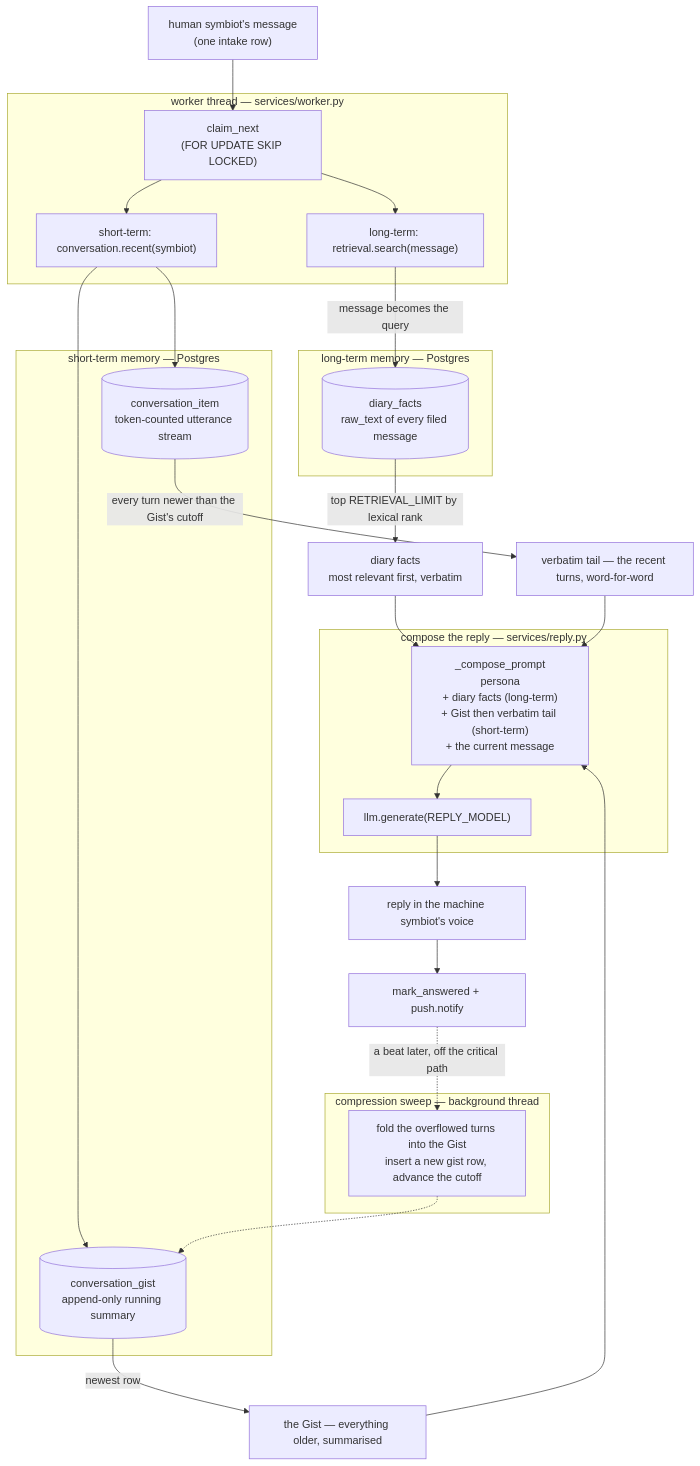
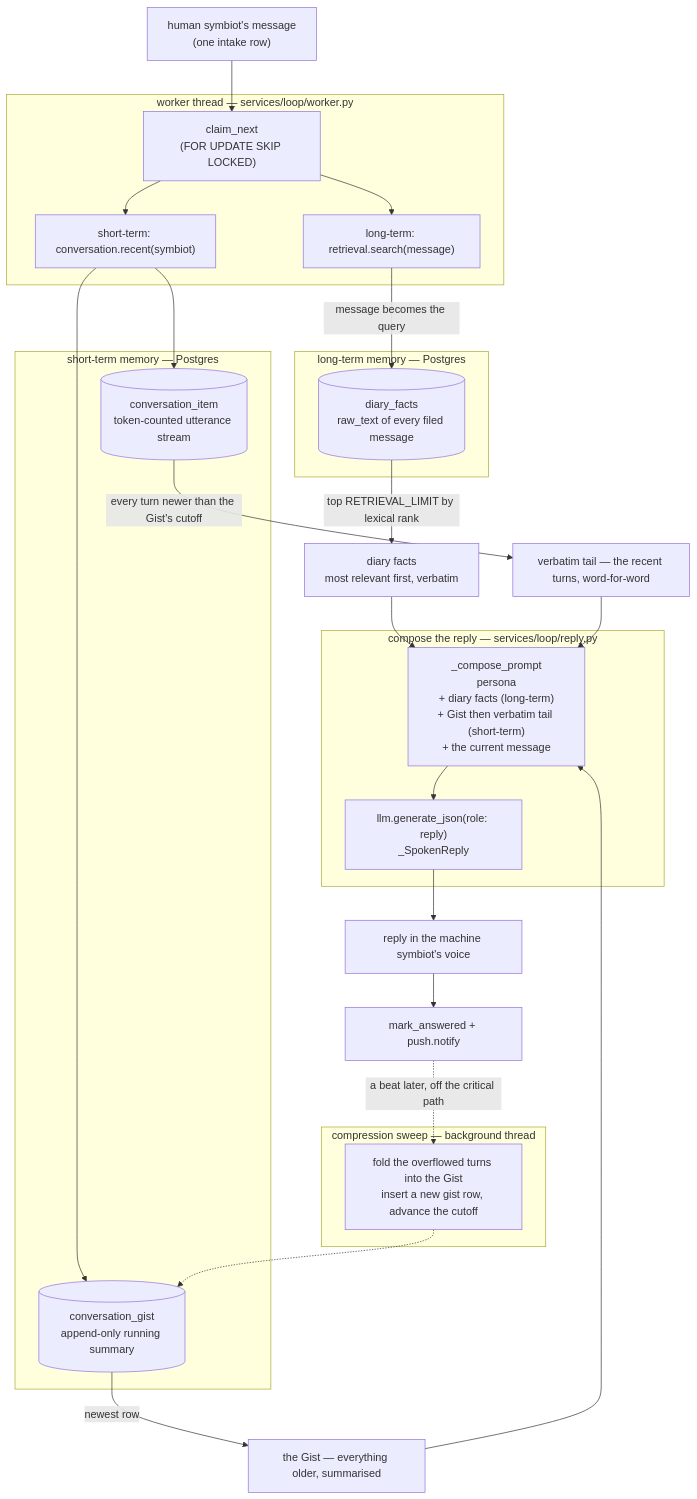
One commit to the-joy-com/kernel.os-joy.com changed the first of 4 diagrams in doc/context-engineering.md. Above: the diagram before and after it, drawn with Mermaid. The commit also changed other lines of this file and 43 other files, not shown here.

````diff
--- a/doc/context-engineering.md
+++ b/doc/context-engineering.md
@@ -16,43 +16,43 @@
 ```mermaid
 flowchart TD
     msg["human symbiot's message<br/>(one intake row)"] --> claim
 
-    subgraph worker["worker thread — services/worker.py"]
+    subgraph worker["worker thread — services/loop/worker.py"]
         claim["claim_next<br/>(FOR UPDATE SKIP LOCKED)"] --> gatherD["long-term: retrieval.search(message)"]
         claim --> gatherC["short-term: conversation.recent(symbiot)"]
     end
 
     subgraph longterm["long-term memory — Postgres"]
         facts[("diary_facts<br/>raw_text of every filed message")]
     end
 
     subgraph shortterm["short-term memory — Postgres"]
         gist[("conversation_gist<br/>append-only running summary")]
         items[("conversation_item<br/>token-counted utterance stream")]
     end
 
     gatherD -- "message becomes the query" --> facts
     facts -- "top RETRIEVAL_LIMIT by lexical rank" --> rankedD["diary facts<br/>most relevant first, verbatim"]
 
     gatherC --> gist
     gatherC --> items
     gist -- "newest row" --> gistLatest["the Gist — everything older, summarised"]
     items -- "every turn newer than the Gist's cutoff" --> tail["verbatim tail — the recent turns, word-for-word"]
 
     rankedD --> compose
     gistLatest --> compose
     tail --> compose
 
-    subgraph reply["compose the reply — services/reply.py"]
-        compose["_compose_prompt<br/>persona<br/>+ diary facts (long-term)<br/>+ Gist then verbatim tail (short-term)<br/>+ the current message"] --> gen["llm.generate(REPLY_MODEL)"]
+    subgraph reply["compose the reply — services/loop/reply.py"]
+        compose["_compose_prompt<br/>persona<br/>+ diary facts (long-term)<br/>+ Gist then verbatim tail (short-term)<br/>+ the current message"] --> gen["llm.generate_json(role: reply)<br/>_SpokenReply"]
     end
 
     gen --> answer["reply in the machine symbiot's voice"]
     answer --> record["mark_answered + push.notify"]
 
     record -.->|"a beat later, off the critical path"| sweep
     subgraph bg["compression sweep — background thread"]
         sweep["fold the overflowed turns into the Gist<br/>insert a new gist row, advance the cutoff"]
     end
     sweep -.-> gist
 ```
````
